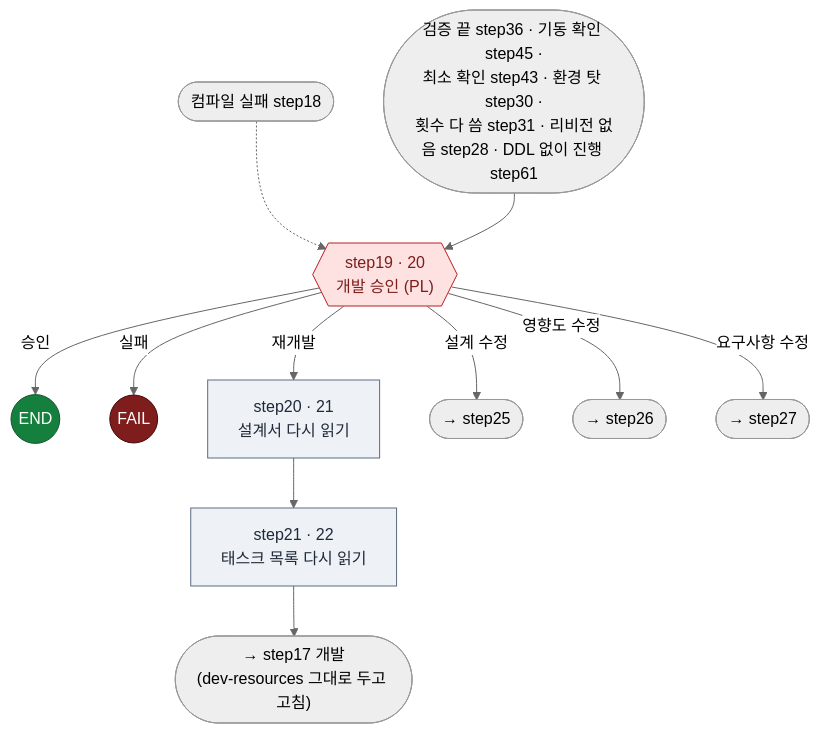
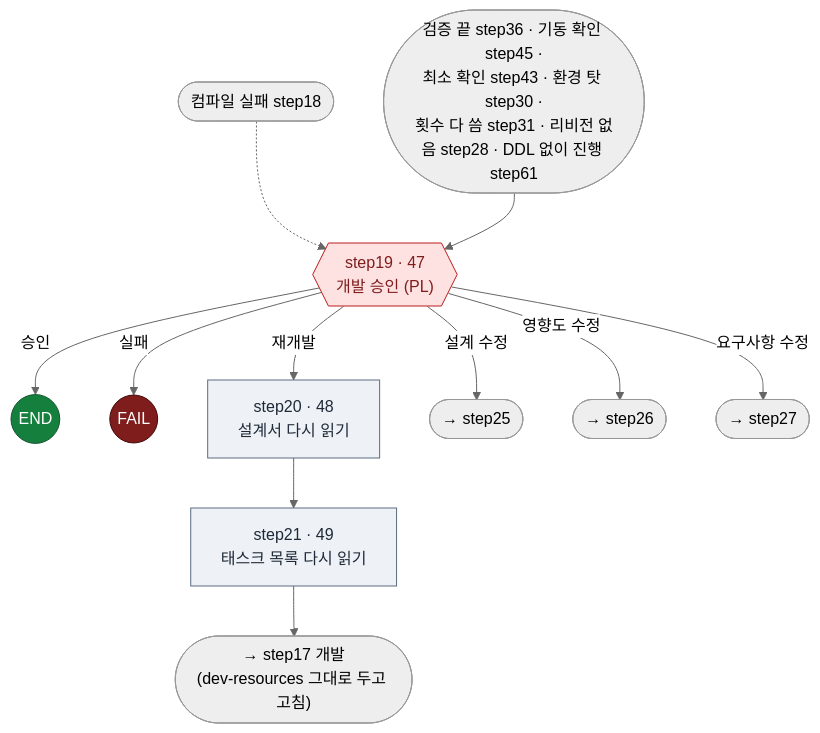
Before and after one commit to YongSoekChoeng/dstone: diagram 17 of 24 in docs/09.dstone-ai-engine-sm-workflow.md, drawn with Mermaid (neutral theme). The commit also changed other lines of this file and 27 other files, not shown here.

````diff
--- a/docs/09.dstone-ai-engine-sm-workflow.md
+++ b/docs/09.dstone-ai-engine-sm-workflow.md
@@ -1368,20 +1363,20 @@
 ```mermaid
 flowchart TD
     IN1(["컴파일 실패 step18"]) -.-> step19
     IN2(["검증 끝 step36 · 기동 확인 step45 ·<br/>최소 확인 step43 · 환경 탓 step30 ·<br/>횟수 다 씀 step31 · 리비전 없음 step28 · DDL 없이 진행 step61"]) --> step19
-    step19{{"step19 · 20<br/>개발 승인 (PL)"}}:::appr
+    step19{{"step19 · 47<br/>개발 승인 (PL)"}}:::appr
     step19 -->|승인| END((END)):::fin
     step19 -->|실패| FAIL((FAIL)):::bad
-    step19 -->|재개발| step20["step20 · 21<br/>설계서 다시 읽기"]:::tool
-    step20 --> step21["step21 · 22<br/>태스크 목록 다시 읽기"]:::tool
+    step19 -->|재개발| step20["step20 · 48<br/>설계서 다시 읽기"]:::tool
+    step20 --> step21["step21 · 49<br/>태스크 목록 다시 읽기"]:::tool
     step21 --> step17(["→ step17 개발<br/>(dev-resources 그대로 두고 고침)"])
     step19 -->|설계 수정| S25(["→ step25"])
     step19 -->|영향도 수정| S26(["→ step26"])
     step19 -->|요구사항 수정| S27(["→ step27"])
 
     classDef tool fill:#eef2f7,stroke:#5b6b82,color:#1f2937
     classDef agent fill:#dcfce7,stroke:#15803d,color:#14532d
     classDef appr fill:#fee2e2,stroke:#b91c1c,color:#7f1d1d
     classDef fin fill:#15803d,stroke:#14532d,color:#ffffff
     classDef bad fill:#7f1d1d,stroke:#450a0a,color:#ffffff
 ```
````
